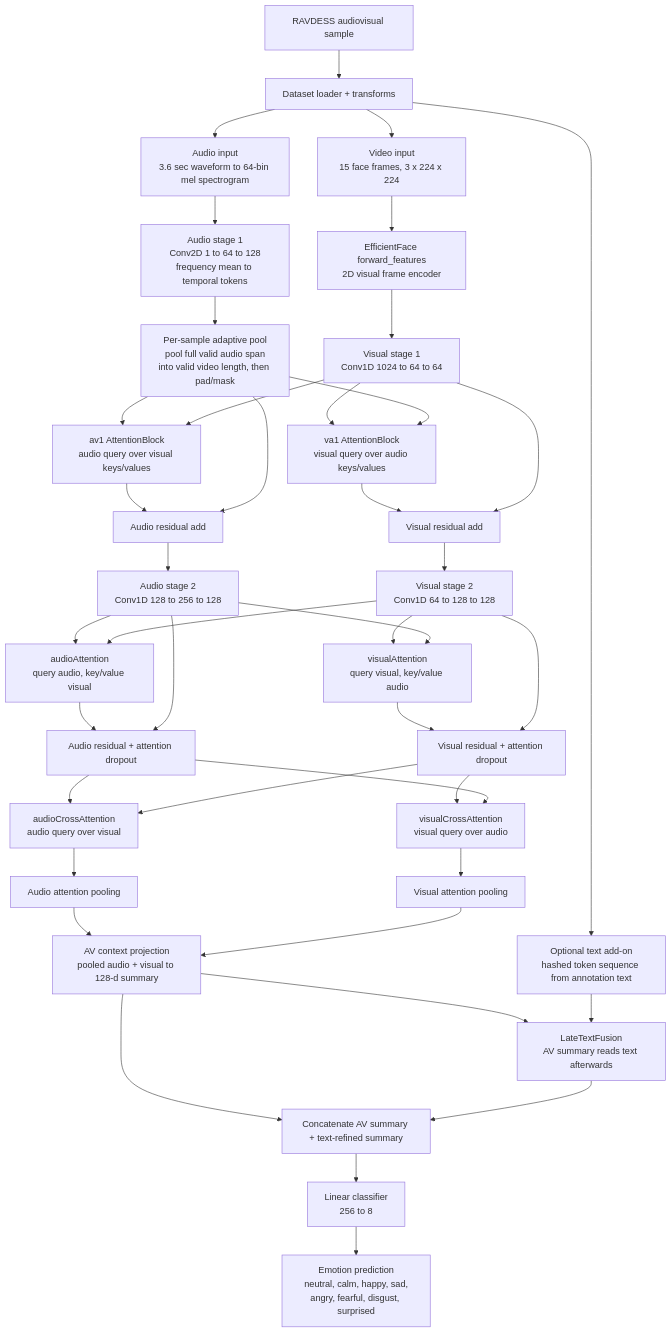
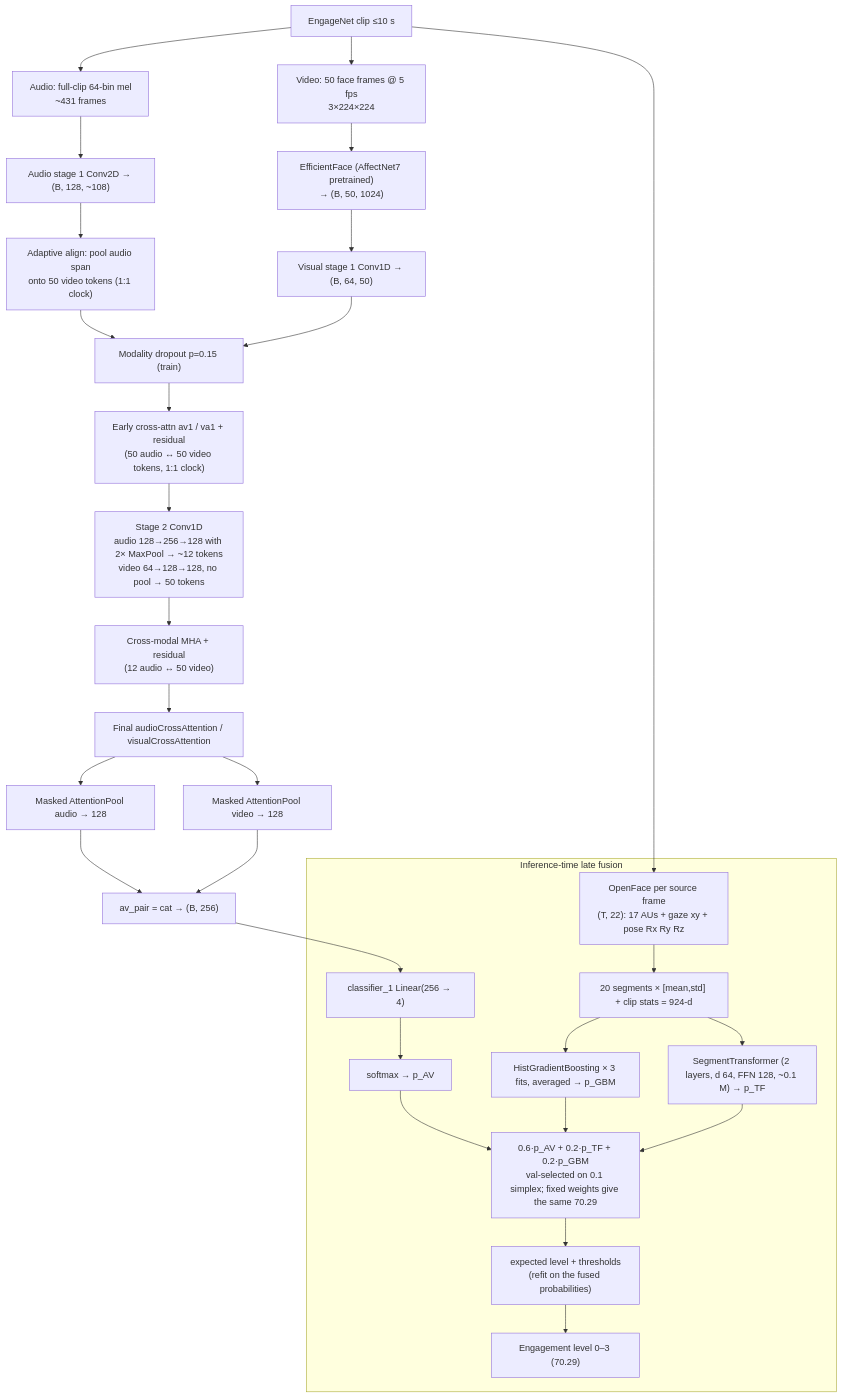
The first of 3 diagrams in docs/architecture.md (YuvrajGupta1808/AVTCA-Research), drawn with Mermaid before and after one commit. The commit also changed other lines of this file and 4 other files, not shown here.

First line of the commit message:
Docs: record the paper review, verification and figure work; ignore SFSU data

````diff
--- a/docs/architecture.md
+++ b/docs/architecture.md
@@ -39,54 +47,35 @@
 ```mermaid
 flowchart TD
+    CLIP["EngageNet clip ≤10 s"] --> V["Video: 50 face frames @ 5 fps<br/>3×224×224"]
+    CLIP --> A["Audio: full-clip 64-bin mel<br/>~431 frames"]
+    CLIP --> OF["OpenFace per source frame<br/>(T, 22): 17 AUs + gaze xy + pose Rx Ry Rz"]
 
-    RAW["RAVDESS audiovisual sample"] --> PRE["Dataset loader + transforms"]
+    V --> VF["EfficientFace (AffectNet7 pretrained)<br/>→ (B, 50, 1024)"]
+    VF --> VS1["Visual stage 1 Conv1D → (B, 64, 50)"]
+    A --> AS1["Audio stage 1 Conv2D → (B, 128, ~108)"]
+    AS1 --> AL["Adaptive align: pool audio span<br/>onto 50 video tokens (1:1 clock)"]
 
-    PRE --> VID["Video input<br/>15 face frames, 3 x 224 x 224"]
-    PRE --> AUD["Audio input<br/>3.6 sec waveform to 64-bin mel spectrogram"]
-    PRE --> TXT["Optional text add-on<br/>hashed token sequence from annotation text"]
+    AL --> MD["Modality dropout p=0.15 (train)"]
+    VS1 --> MD
+    MD --> X1["Early cross-attn av1 / va1 + residual<br/>(50 audio ↔ 50 video tokens, 1:1 clock)"]
+    X1 --> S2["Stage 2 Conv1D<br/>audio 128→256→128 with 2× MaxPool → ~12 tokens<br/>video 64→128→128, no pool → 50 tokens"]
+    S2 --> X2["Cross-modal MHA + residual<br/>(12 audio ↔ 50 video)"]
+    X2 --> X3["Final audioCrossAttention / visualCrossAttention"]
+    X3 --> AP["Masked AttentionPool audio → 128"]
+    X3 --> VP["Masked AttentionPool video → 128"]
+    AP --> AV["av_pair = cat → (B, 256)"]
+    VP --> AV
+    AV --> CLS1["classifier_1 Linear(256 → 4)"]
 
-    VID --> VF["EfficientFace forward_features<br/>2D visual frame encoder"]
-    VF --> VS1["Visual stage 1<br/>Conv1D 1024 to 64 to 64"]
-
-    AUD --> AS1["Audio stage 1<br/>Conv2D 1 to 64 to 128<br/>frequency mean to temporal tokens"]
-    AS1 --> ALIGN["Per-sample adaptive pool<br/>pool full valid audio span<br/>into valid video length, then pad/mask"]
-
-    ALIGN --> AV1["av1 AttentionBlock<br/>audio query over visual keys/values"]
-    VS1 --> AV1
-    VS1 --> VA1["va1 AttentionBlock<br/>visual query over audio keys/values"]
-    ALIGN --> VA1
-
-    AV1 --> ARES1["Audio residual add"]
-    ALIGN --> ARES1
-    VA1 --> VRES1["Visual residual add"]
-    VS1 --> VRES1
-
-    ARES1 --> AS2["Audio stage 2<br/>Conv1D 128 to 256 to 128"]
-    VRES1 --> VS2["Visual stage 2<br/>Conv1D 64 to 128 to 128"]
-
-    AS2 --> MHA_A["audioAttention<br/>query audio, key/value visual"]
-    VS2 --> MHA_A
-    VS2 --> MHA_V["visualAttention<br/>query visual, key/value audio"]
-    AS2 --> MHA_V
-
-    MHA_A --> ARES2["Audio residual + attention dropout"]
-    AS2 --> ARES2
-    MHA_V --> VRES2["Visual residual + attention dropout"]
-    VS2 --> VRES2
-
-    ARES2 --> FCA["audioCrossAttention<br/>audio query over visual"]
-    VRES2 --> FCA
-    VRES2 --> FCV["visualCrossAttention<br/>visual query over audio"]
-    ARES2 --> FCV
-
-    FCA --> AP["Audio attention pooling"]
-    FCV --> VP["Visual attention pooling"]
-    AP --> AVC["AV context projection<br/>pooled audio + visual to 128-d summary"]
-    VP --> AVC
-    AVC --> TADD["LateTextFusion<br/>AV summary reads text afterwards"]
-    TXT --> TADD
-    AVC --> CAT["Concatenate AV summary + text-refined summary"]
-    TADD --> CAT
-    CAT --> CLS["Linear classifier<br/>256 to 8"]
-    CLS --> OUT["Emotion prediction<br/>neutral, calm, happy, sad,<br/>angry, fearful, disgust, surprised"]
+    subgraph LATE["Inference-time late fusion"]
+        OF --> SEG["20 segments × [mean,std] + clip stats = 924-d"]
+        SEG --> GBM["HistGradientBoosting × 3 fits, averaged → p_GBM"]
+        SEG --> TF["SegmentTransformer (2 layers, d 64, FFN 128, ~0.1 M) → p_TF"]
+        CLS1 --> PAV["softmax → p_AV"]
+        PAV --> MIX["0.6·p_AV + 0.2·p_TF + 0.2·p_GBM<br/>val-selected on 0.1 simplex; fixed weights give the same 70.29"]
+        GBM --> MIX
+        TF --> MIX
+        MIX --> DEC2["expected level + thresholds<br/>(refit on the fused probabilities)"]
+        DEC2 --> OUT["Engagement level 0–3 (70.29)"]
+    end
 ```
````
